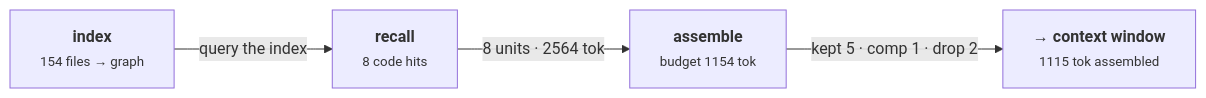
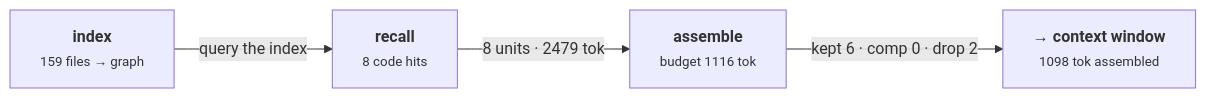
The diagram in examples/contextgraph/contextgraph.md (hamr0/litectx), drawn with Mermaid before and after one commit. The commit also changed 14 other files, not shown here.

````diff
--- a/examples/contextgraph/contextgraph.md
+++ b/examples/contextgraph/contextgraph.md
@@ -3,10 +3,10 @@
 ```mermaid
 flowchart LR
-  n0["<b>index</b><br/><small>154 files → graph</small>"]
+  n0["<b>index</b><br/><small>159 files → graph</small>"]
   n1["<b>recall</b><br/><small>8 code hits</small>"]
-  n2["<b>assemble</b><br/><small>budget 1154 tok</small>"]
-  n3["<b>→ context window</b><br/><small>1115 tok assembled</small>"]
+  n2["<b>assemble</b><br/><small>budget 1116 tok</small>"]
+  n3["<b>→ context window</b><br/><small>1098 tok assembled</small>"]
   n0 -->|"query the index"| n1
-  n1 -->|"8 units · 2564 tok"| n2
-  n2 -->|"kept 5 · comp 1 · drop 2"| n3
+  n1 -->|"8 units · 2479 tok"| n2
+  n2 -->|"kept 6 · comp 0 · drop 2"| n3
 ```
````
